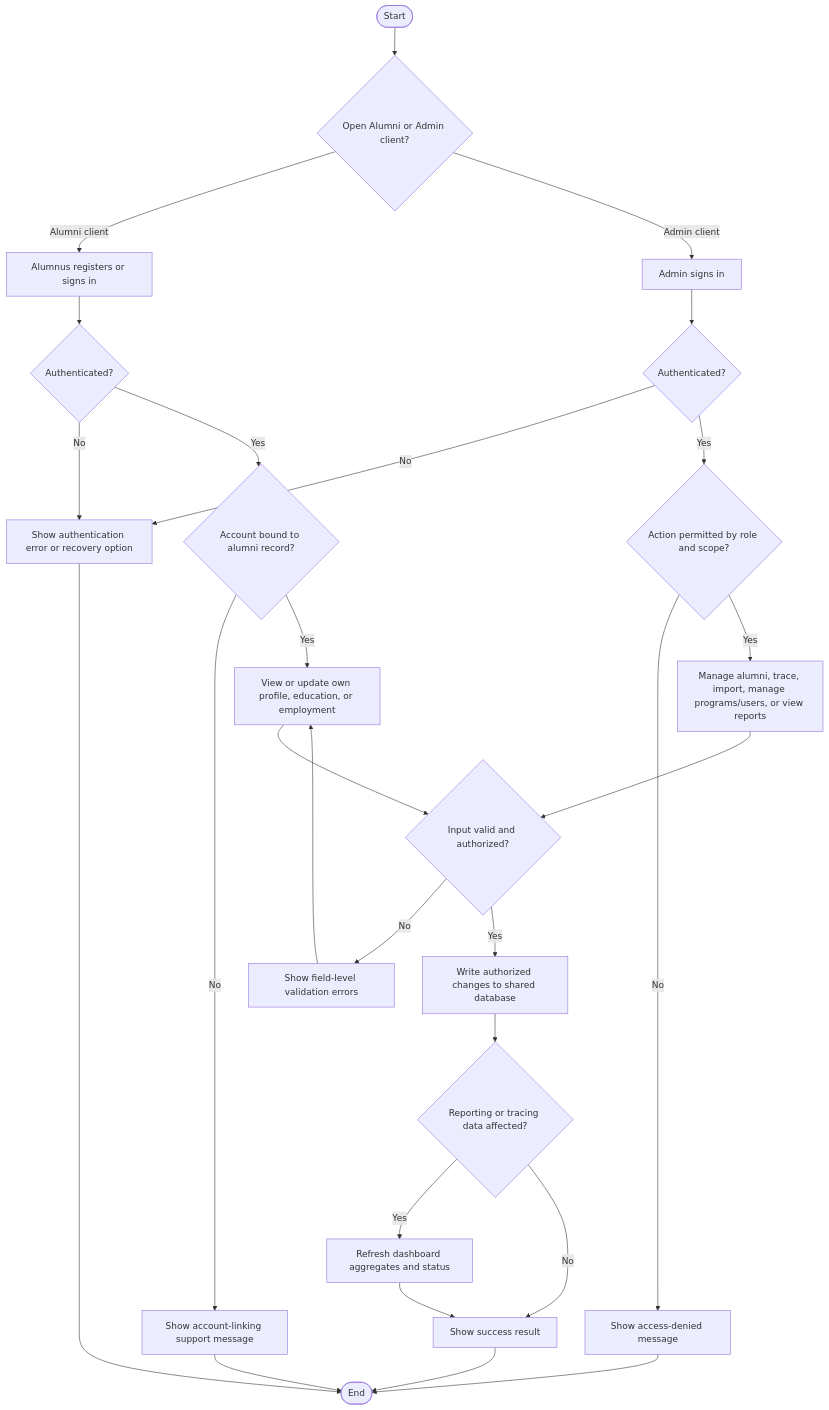
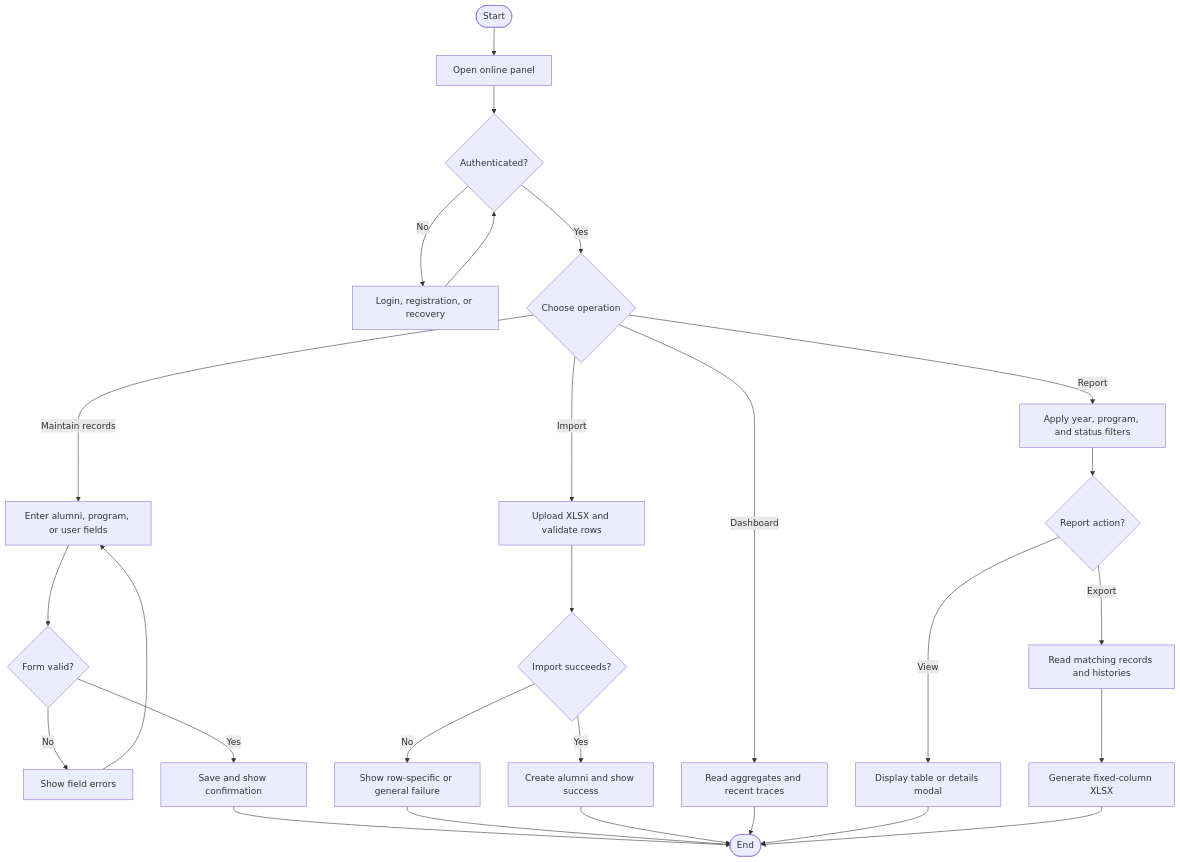
One commit to zrlldy/alumni-tracer changed the third of 3 diagrams in data-and-process-modeling.md. Above: the diagram before and after it, drawn with Mermaid. The commit also changed other lines of this file and 19 other files, not shown here.

Commit message:
added the alumni data report export page

````diff
--- a/data-and-process-modeling.md
+++ b/data-and-process-modeling.md
@@ -163,35 +148,29 @@
 ```mermaid
 flowchart TD
-    start([Start]) --> client{Open Alumni or Admin client?}
-
-    client -->|Alumni client| alumniSignIn[Alumnus registers or signs in]
-    client -->|Admin client| adminSignIn[Admin signs in]
-
-    alumniSignIn --> alumniAuth{Authenticated?}
-    adminSignIn --> adminAuth{Authenticated?}
-    alumniAuth -->|No| accessError[Show authentication error or recovery option]
-    adminAuth -->|No| accessError
-
-    alumniAuth -->|Yes| binding{Account bound to alumni record?}
-    binding -->|No| bindError[Show account-linking support message]
-    binding -->|Yes| alumniAction[View or update own profile, education, or employment]
-
-    adminAuth -->|Yes| adminScope{Action permitted by role and scope?}
-    adminScope -->|No| accessDenied[Show access-denied message]
-    adminScope -->|Yes| adminAction[Manage alumni, trace, import, manage programs/users, or view reports]
-
-    alumniAction --> validate{Input valid and authorized?}
-    adminAction --> validate
-    validate -->|No| validationError[Show field-level validation errors]
-    validationError --> alumniAction
-    validate -->|Yes| persist[Write authorized changes to shared database]
-
-    persist --> refresh{Reporting or tracing data affected?}
-    refresh -->|Yes| aggregate[Refresh dashboard aggregates and status]
-    refresh -->|No| success[Show success result]
-    aggregate --> success
-    success --> finish([End])
-    accessError --> finish
-    bindError --> finish
-    accessDenied --> finish
+    S([Start]) --> L[Open online panel]
+    L --> A{Authenticated?}
+    A -->|No| B[Login, registration, or recovery]
+    B --> A
+    A -->|Yes| O{Choose operation}
+    O -->|Maintain records| F[Enter alumni, program, or user fields]
+    F --> V{Form valid?}
+    V -->|No| E[Show field errors]
+    E --> F
+    V -->|Yes| W[Save and show confirmation]
+    O -->|Import| I[Upload XLSX and validate rows]
+    I --> K{Import succeeds?}
+    K -->|No| N[Show row-specific or general failure]
+    K -->|Yes| C[Create alumni and show success]
+    O -->|Dashboard| D[Read aggregates and recent traces]
+    O -->|Report| R[Apply year, program, and status filters]
+    R --> Q{Report action?}
+    Q -->|View| T[Display table or details modal]
+    Q -->|Export| X[Read matching records and histories]
+    X --> Y[Generate fixed-column XLSX]
+    W --> Z([End])
+    N --> Z
+    C --> Z
+    D --> Z
+    T --> Z
+    Y --> Z
 ```
````
